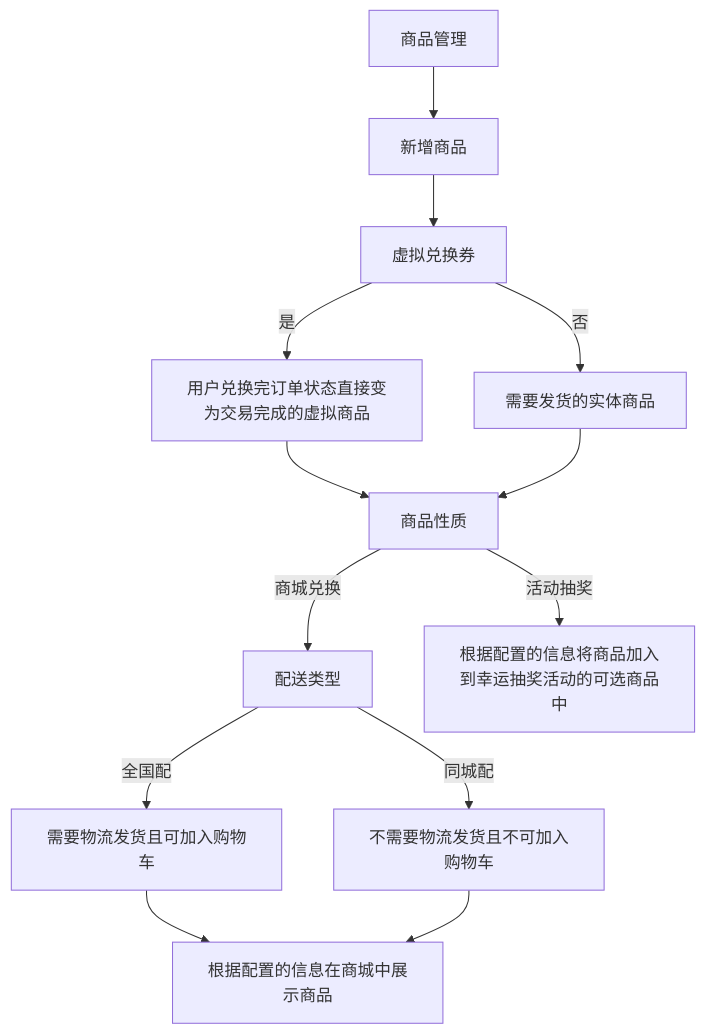
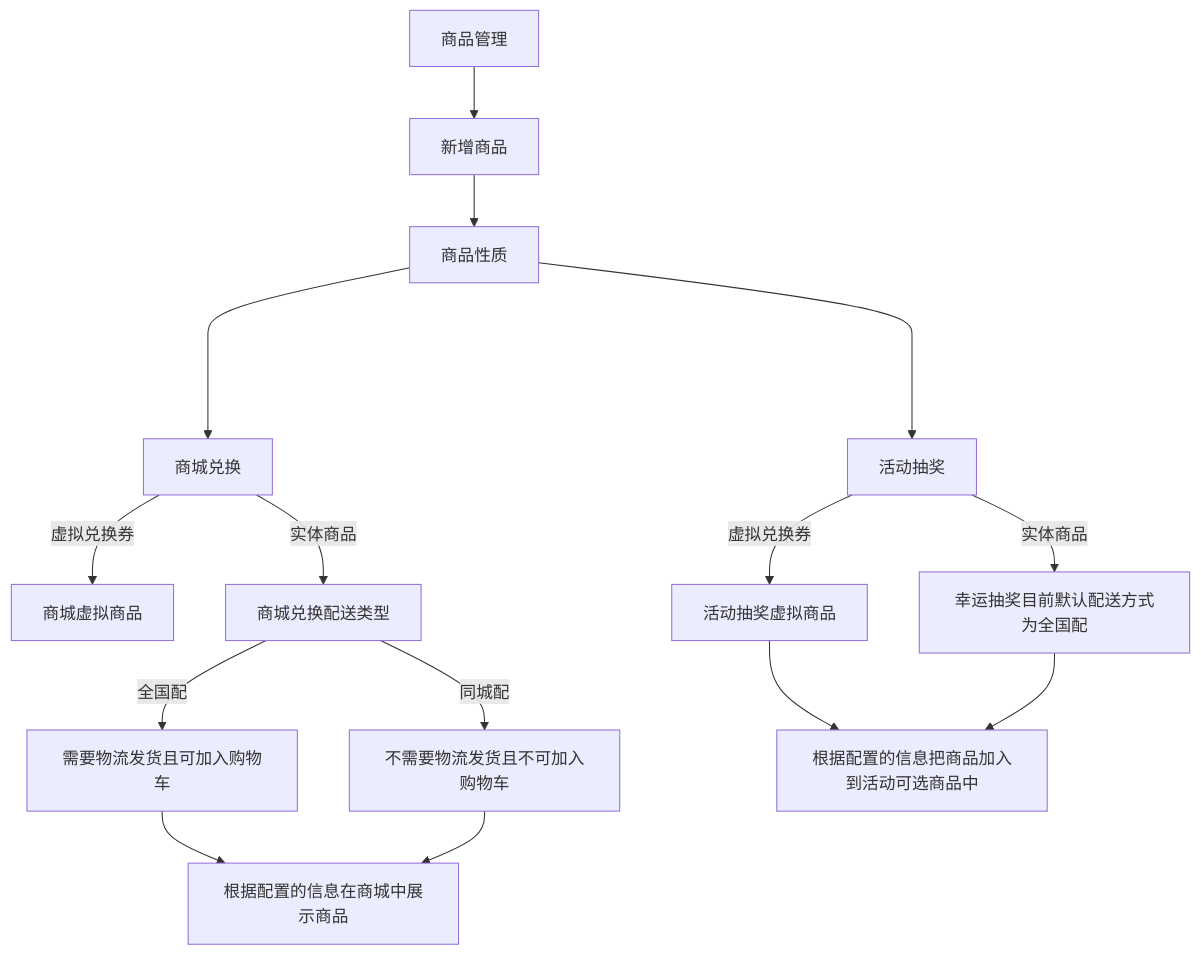
The fourth of 11 diagrams in 泰啤兑换商城.md (jujubefoxx/markdown-document), drawn with Mermaid before and after one commit. The commit also changed other lines of this file, not shown here.

````diff
--- a/泰啤兑换商城.md
+++ b/泰啤兑换商城.md
@@ -338,11 +336,14 @@
 ```mermaid
 flowchart 
- 商品管理 --> 新增商品
- 新增商品 --> 虚拟兑换券
- 虚拟兑换券 --是--> 用户兑换完订单状态直接变为交易完成的虚拟商品 --> 商品性质
- 虚拟兑换券 --否--> 需要发货的实体商品 --> 商品性质
- 商品性质 --商城兑换--> 配送类型  
- 商品性质 --活动抽奖 --> 根据配置的信息将商品加入到幸运抽奖活动的可选商品中
- 配送类型 --全国配--> 需要物流发货且可加入购物车 --> 根据配置的信息在商城中展示商品
- 配送类型 --同城配--> 不需要物流发货且不可加入购物车 --> 根据配置的信息在商城中展示商品
+商品管理 --> 新增商品
+新增商品 --> 商品性质
+商品性质 ----> 商城兑换  
+商品性质 ----> 活动抽奖
+
+商城兑换 --虚拟兑换券--> 商城虚拟商品
+商城兑换 --实体商品--> 商城兑换配送类型
+商城兑换配送类型 --全国配--> 需要物流发货且可加入购物车 --> 根据配置的信息在商城中展示商品
+商城兑换配送类型 --同城配--> 不需要物流发货且不可加入购物车 --> 根据配置的信息在商城中展示商品
+活动抽奖 --虚拟兑换券--> 活动抽奖虚拟商品 --> 根据配置的信息把商品加入到活动可选商品中
+活动抽奖 --实体商品--> 幸运抽奖目前默认配送方式为全国配 --> 根据配置的信息把商品加入到活动可选商品中
 ```
````
